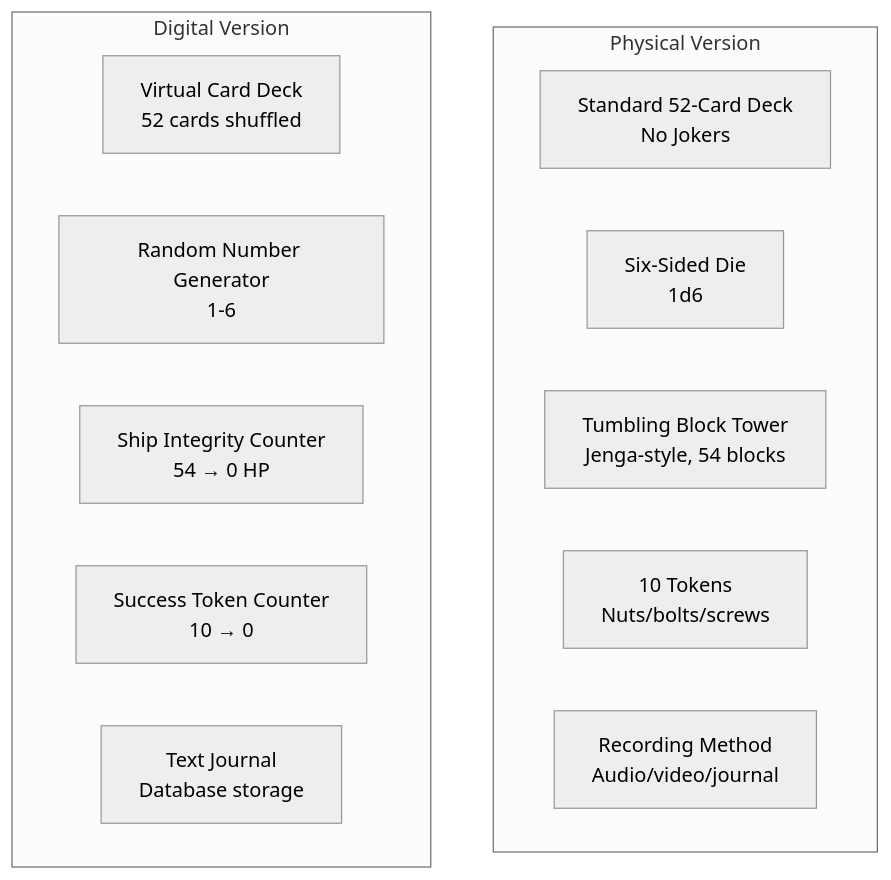
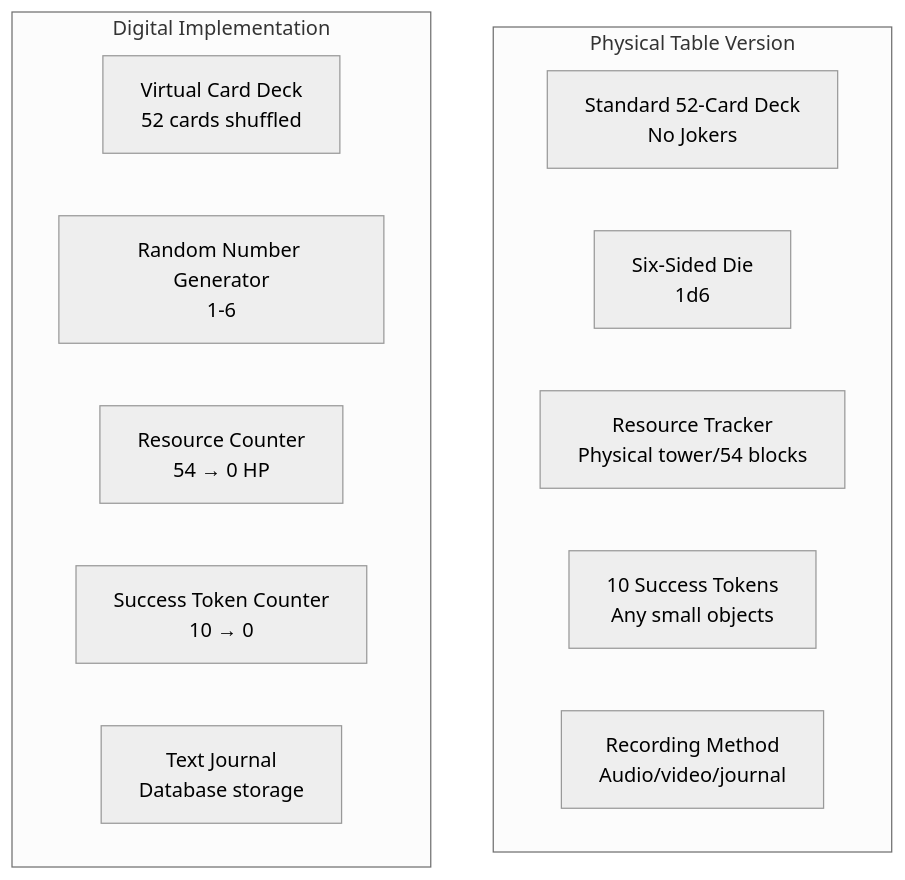
The first of 13 diagrams in docs/wretched-alone-mechanics-guide.md (dimm-city/dc-solo-rpg), drawn with Mermaid (neutral theme) before and after one commit. The commit also changed other lines of this file, not shown here.

````diff
--- a/docs/wretched-alone-mechanics-guide.md
+++ b/docs/wretched-alone-mechanics-guide.md
@@ -57,18 +59,18 @@
 ```mermaid
 graph TB
-    subgraph Physical["Physical Version"]
+    subgraph Physical["Physical Table Version"]
         A[Standard 52-Card Deck<br/>No Jokers]
         B[Six-Sided Die<br/>1d6]
-        C[Tumbling Block Tower<br/>Jenga-style, 54 blocks]
-        D[10 Tokens<br/>Nuts/bolts/screws]
+        C[Resource Tracker<br/>Physical tower/54 blocks]
+        D[10 Success Tokens<br/>Any small objects]
         E[Recording Method<br/>Audio/video/journal]
     end
 
-    subgraph Digital["Digital Version"]
+    subgraph Digital["Digital Implementation"]
         A2[Virtual Card Deck<br/>52 cards shuffled]
         B2[Random Number Generator<br/>1-6]
-        C2[Ship Integrity Counter<br/>54 → 0 HP]
+        C2[Resource Counter<br/>54 → 0 HP]
         D2[Success Token Counter<br/>10 → 0]
         E2[Text Journal<br/>Database storage]
     end
 ```
````
